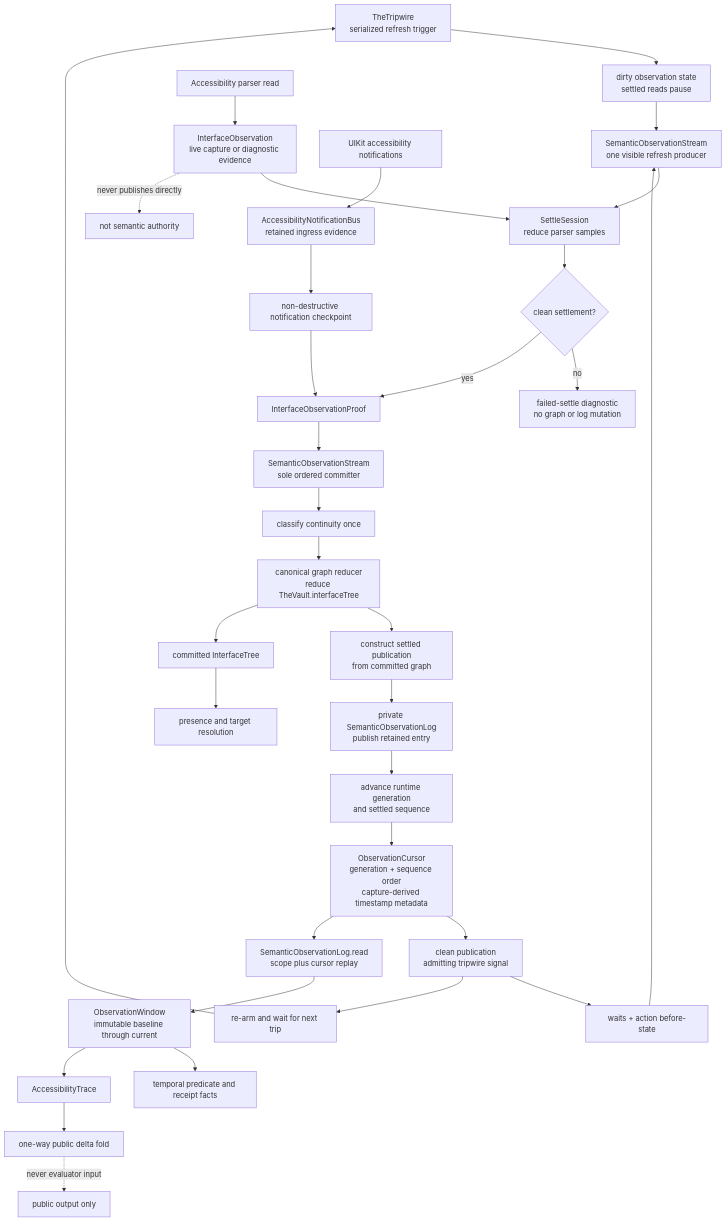
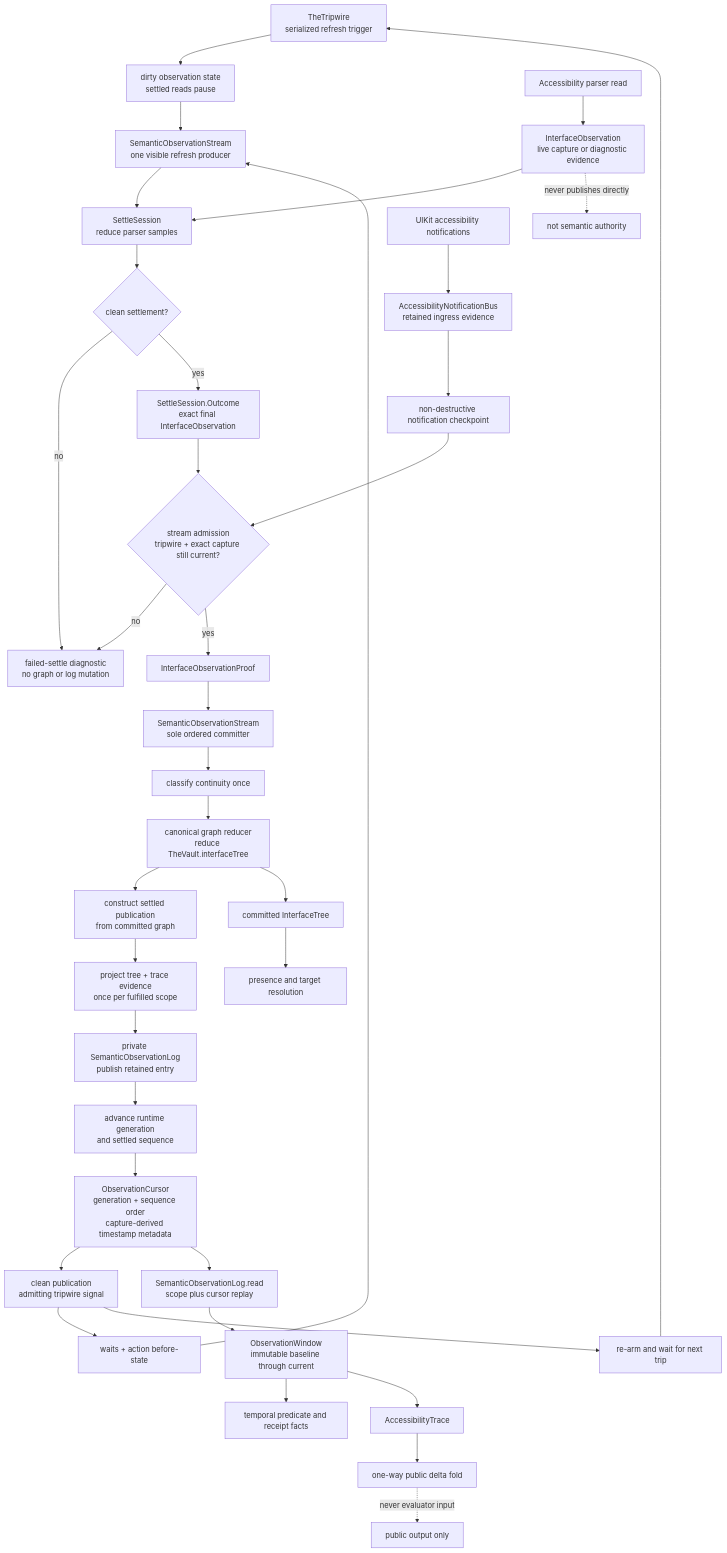
The first of 5 diagrams in docs/diagrams/observation-pipeline.md (RoyalPineapple/TheButtonHeist), drawn with Mermaid before and after one commit. The commit also changed other lines of this file and 114 other files, not shown here.

````diff
--- a/docs/diagrams/observation-pipeline.md
+++ b/docs/diagrams/observation-pipeline.md
@@ -32,37 +32,41 @@
 ```mermaid
 flowchart TD
     Tripwire["TheTripwire<br/>serialized refresh trigger"] --> Dirty["dirty observation state<br/>settled reads pause"]
     Dirty --> Producer["SemanticObservationStream<br/>one visible refresh producer"]
     Consumers["waits + action before-state"] --> Producer
     Producer --> Settle
     Parser["Accessibility parser read"] --> Raw["InterfaceObservation<br/>live capture or diagnostic evidence"]
     Raw --> Settle["SettleSession<br/>reduce parser samples"]
     Raw -. "never publishes directly" .-> NoAuthority["not semantic authority"]
     Signals["UIKit accessibility notifications"] --> Bus["AccessibilityNotificationBus<br/>retained ingress evidence"]
     Bus --> Checkpoint["non-destructive notification checkpoint"]
-    Checkpoint --> Proof
+    Checkpoint --> Admission
     Settle --> Clean{"clean settlement?"}
     Clean -->|no| Diagnostic["failed-settle diagnostic<br/>no graph or log mutation"]
-    Clean -->|yes| Proof["InterfaceObservationProof"]
+    Clean -->|yes| Outcome["SettleSession.Outcome<br/>exact final InterfaceObservation"]
+    Outcome --> Admission{"stream admission<br/>tripwire + exact capture still current?"}
+    Admission -->|no| Diagnostic
+    Admission -->|yes| Proof["InterfaceObservationProof"]
 
     Proof --> Committer["SemanticObservationStream<br/>sole ordered committer"]
     Committer --> Continuity["classify continuity once"]
     Continuity --> Graph["canonical graph reducer<br/>reduce TheVault.interfaceTree"]
     Graph --> Publication["construct settled publication<br/>from committed graph"]
-    Publication --> Log["private SemanticObservationLog<br/>publish retained entry"]
+    Publication --> Scope["project tree + trace evidence<br/>once per fulfilled scope"]
+    Scope --> Log["private SemanticObservationLog<br/>publish retained entry"]
     Log --> Runtime["advance runtime generation<br/>and settled sequence"]
     Runtime --> Cursor["ObservationCursor<br/>generation + sequence order<br/>capture-derived timestamp metadata"]
     Cursor --> Seal["clean publication<br/>admitting tripwire signal"]
     Seal --> Consumers
     Seal --> Armed["re-arm and wait for next trip"]
     Armed --> Tripwire
     Cursor --> Entries["SemanticObservationLog.read<br/>scope plus cursor replay"]
 
     Current["committed InterfaceTree"] --> Presence["presence and target resolution"]
     Graph --> Current
     Entries --> Window["ObservationWindow<br/>immutable baseline through current"]
     Window --> Temporal["temporal predicate and receipt facts"]
     Window --> Trace["AccessibilityTrace"]
     Trace --> Delta["one-way public delta fold"]
     Delta -. "never evaluator input" .-> Output["public output only"]
 ```
````
